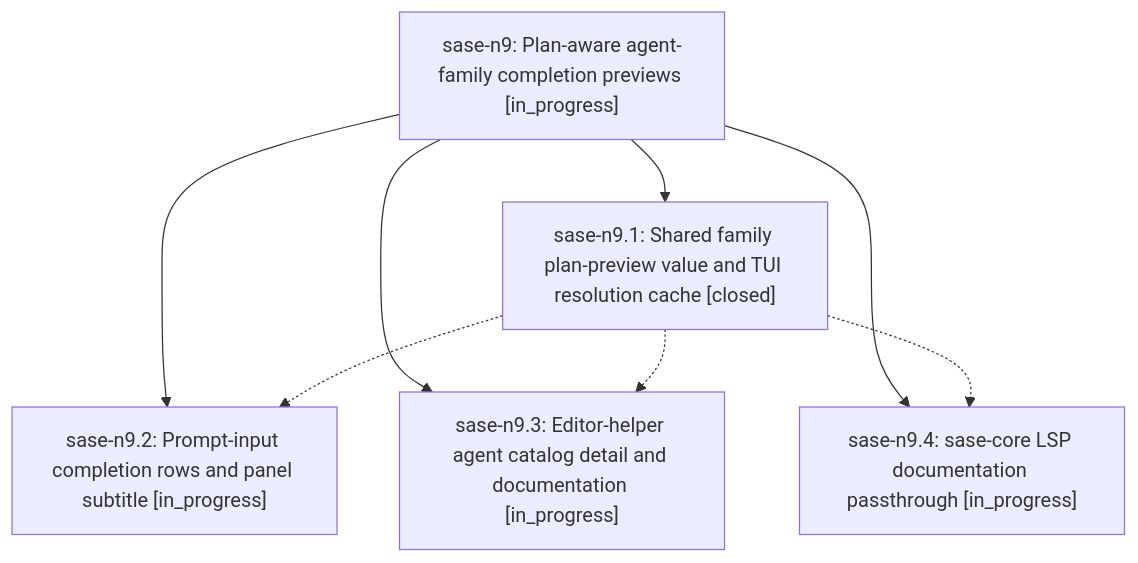
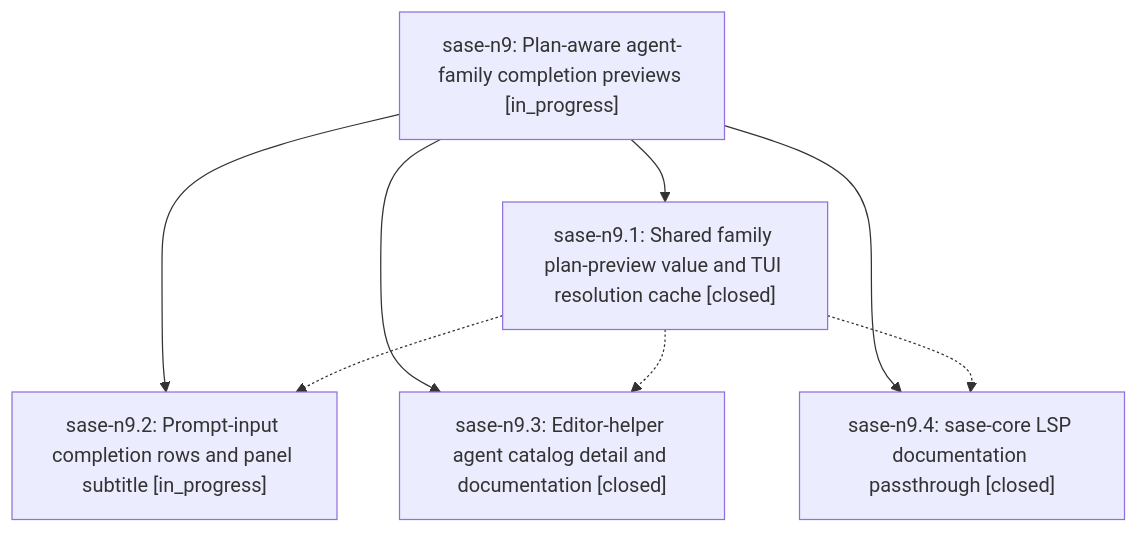
One commit to sase-org/sase--beads changed the diagram in pages/sase-n9/README.md. Above: the diagram before and after it, drawn with Mermaid. The commit also changed other lines of this file and 3 other files, not shown here.

````diff
--- a/pages/sase-n9/README.md
+++ b/pages/sase-n9/README.md
@@ -25,15 +25,15 @@
 ```mermaid
 flowchart TD
     n0["sase-n9: Plan-aware agent-family completion previews [in_progress]"]
     n1["sase-n9.1: Shared family plan-preview value and TUI resolution cache [closed]"]
     n2["sase-n9.2: Prompt-input completion rows and panel subtitle [in_progress]"]
-    n3["sase-n9.3: Editor-helper agent catalog detail and documentation [in_progress]"]
-    n4["sase-n9.4: sase-core LSP documentation passthrough [in_progress]"]
+    n3["sase-n9.3: Editor-helper agent catalog detail and documentation [closed]"]
+    n4["sase-n9.4: sase-core LSP documentation passthrough [closed]"]
     n0 --> n1
     n0 --> n2
     n0 --> n3
     n0 --> n4
     n1 -.-> n2
     n1 -.-> n3
     n1 -.-> n4
 ```
````
